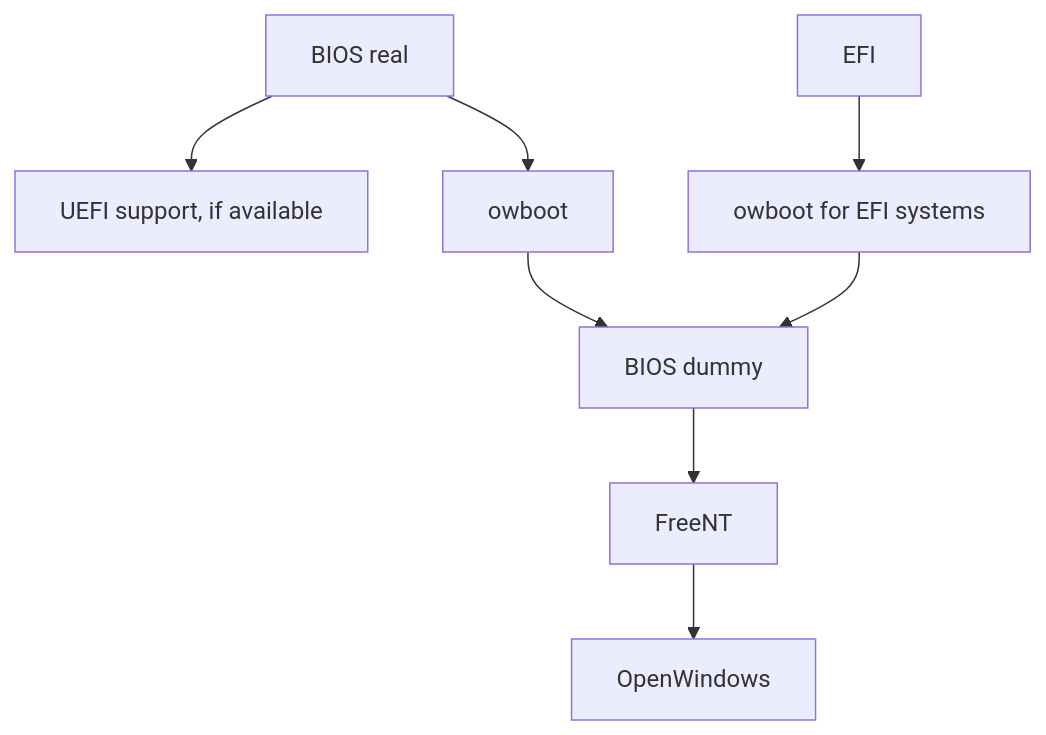
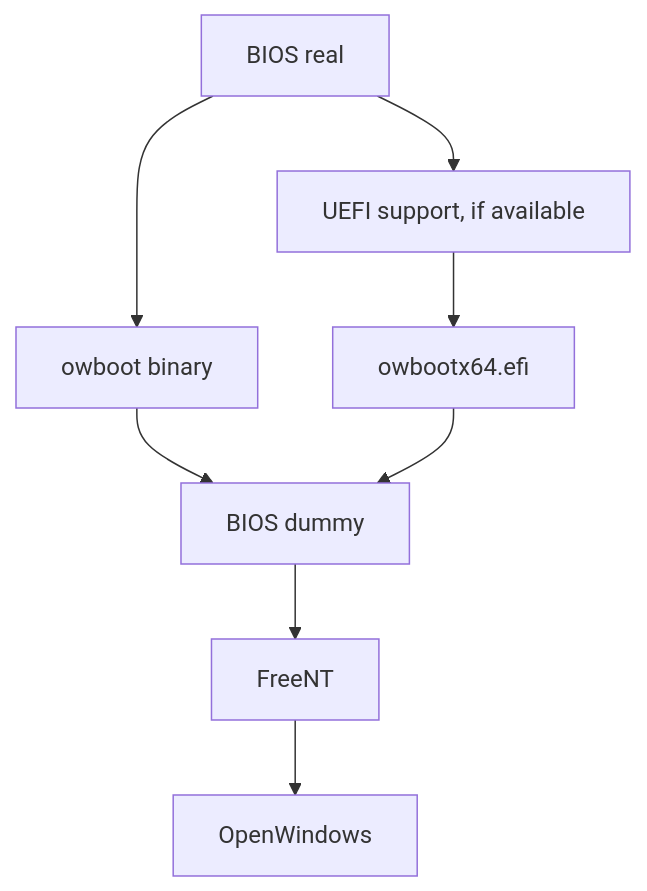
Before and after one commit to freent-project/owboot: the diagram in README.md, drawn with Mermaid.

````diff
--- a/README.md
+++ b/README.md
@@ -7,10 +7,10 @@
 ```mermaid
 graph TD;
     BIOS[BIOS real]-->Efi[UEFI support, if available];
-    BIOS-->owboot;
-    EFI-->owbootefi[owboot for EFI systems];
+    BIOS-->owboot[owboot binary];
+    Efi-->owbootefi[owbootx64.efi];
     owboot-->C[BIOS dummy];
     owbootefi-->C[BIOS dummy];
     C-->FreeNT;
     FreeNT-->OpenWindows;
 ```
````
